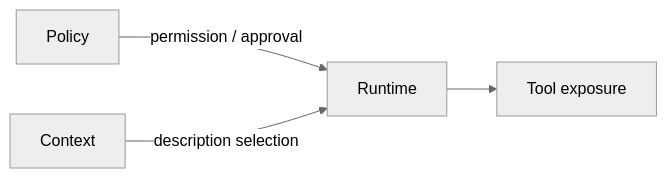
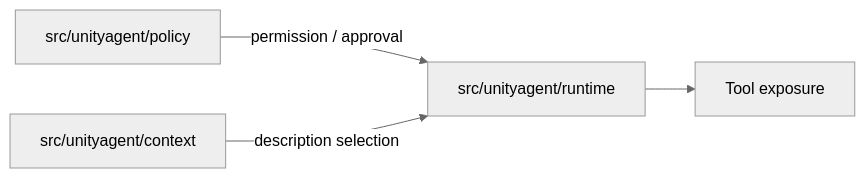
The first of 2 diagrams in docs/migration/policy-context.md (DarumaPPAP/UnityAgent), drawn with Mermaid (neutral theme) before and after one commit. The commit also changed other lines of this file and 1025 other files, not shown here.

````diff
--- a/docs/migration/policy-context.md
+++ b/docs/migration/policy-context.md
@@ -23,6 +23,6 @@
 ```mermaid
 flowchart LR
-    P[Policy] -->|permission / approval| R[Runtime]
-    C[Context] -->|description selection| R
+    P[src/unityagent/policy] -->|permission / approval| R[src/unityagent/runtime]
+    C[src/unityagent/context] -->|description selection| R
     R --> T[Tool exposure]
 ```
````
